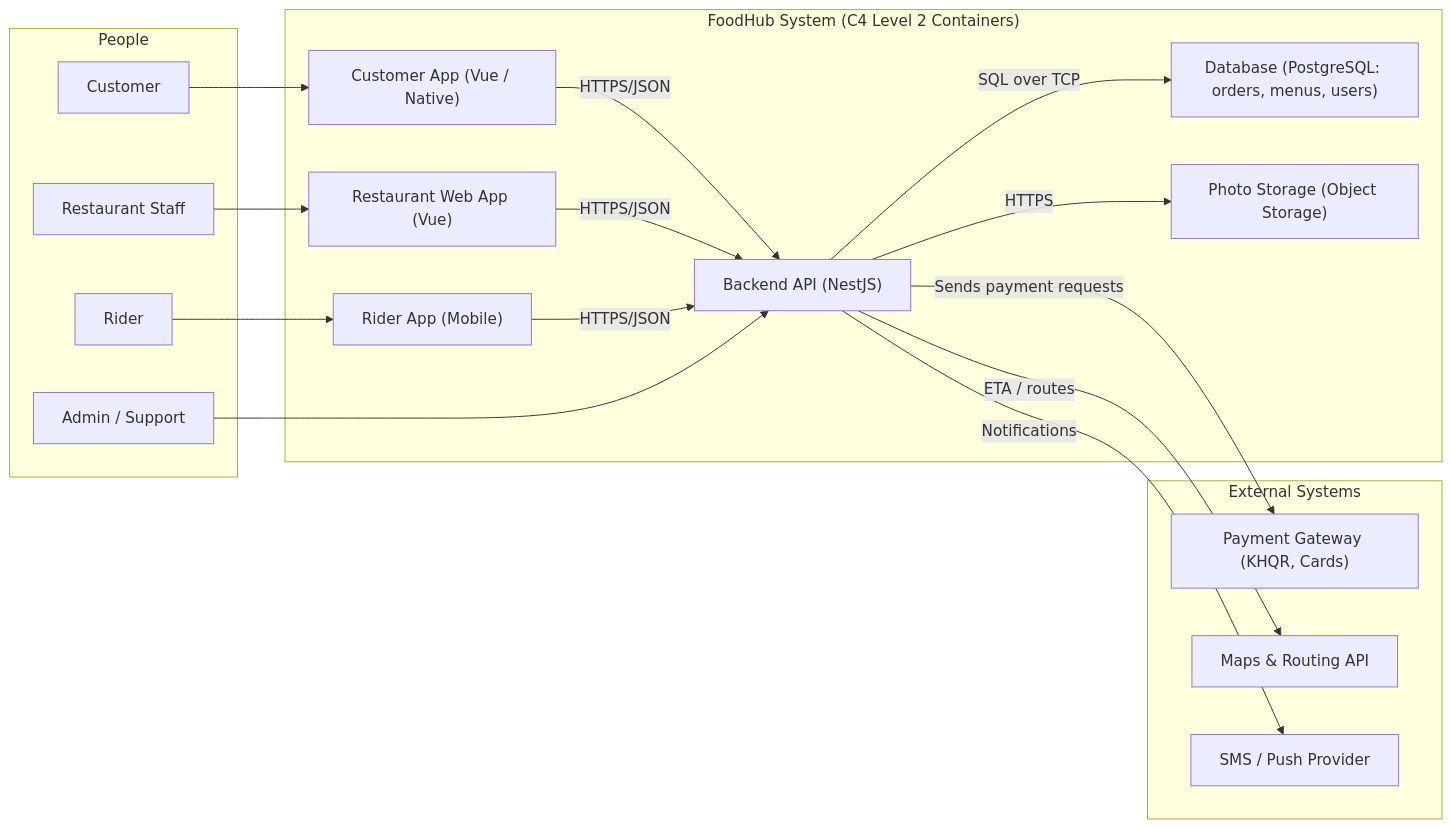
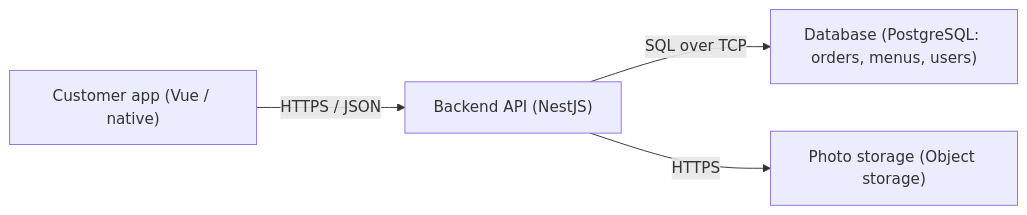
One commit to SthNoWork/Y3-S1-Lessons changed the first of 6 diagrams in Software Architecture/Midterm/study.md. Above: the diagram before and after it, drawn with Mermaid. The commit also changed other lines of this file and 8 other files, not shown here.

````diff
--- a/Software Architecture/Midterm/study.md
+++ b/Software Architecture/Midterm/study.md
@@ -309,31 +260,6 @@
 ```mermaid
 flowchart LR
-  subgraph P["People"]
-    CU["Customer"]
-    RS["Restaurant Staff"]
-    RD["Rider"]
-    AD["Admin / Support"]
-  end
-
-  subgraph FH["FoodHub System (C4 Level 2 Containers)"]
-    CAPP["Customer App (Vue / Native)"] -->|"HTTPS/JSON"| API["Backend API (NestJS)"]
-    RAPP["Restaurant Web App (Vue)"] -->|"HTTPS/JSON"| API
-    DAPP["Rider App (Mobile)"] -->|"HTTPS/JSON"| API
-    API -->|"SQL over TCP"| DB["Database (PostgreSQL: orders, menus, users)"]
-    API -->|"HTTPS"| OBJ["Photo Storage (Object Storage)"]
-  end
-
-  subgraph EXT["External Systems"]
-    PG["Payment Gateway (KHQR, Cards)"]
-    MAP["Maps & Routing API"]
-    SMS["SMS / Push Provider"]
-  end
-
-  CU --> CAPP
-  RS --> RAPP
-  RD --> DAPP
-  AD --> API
-  API -->|"Sends payment requests"| PG
-  API -->|"ETA / routes"| MAP
-  API -->|"Notifications"| SMS
+  CAPP["Customer app (Vue / native)"] -->|"HTTPS / JSON"| API["Backend API (NestJS)"]
+  API -->|"SQL over TCP"| DB["Database (PostgreSQL: orders, menus, users)"]
+  API -->|"HTTPS"| OBJ["Photo storage (Object storage)"]
 ```
````
